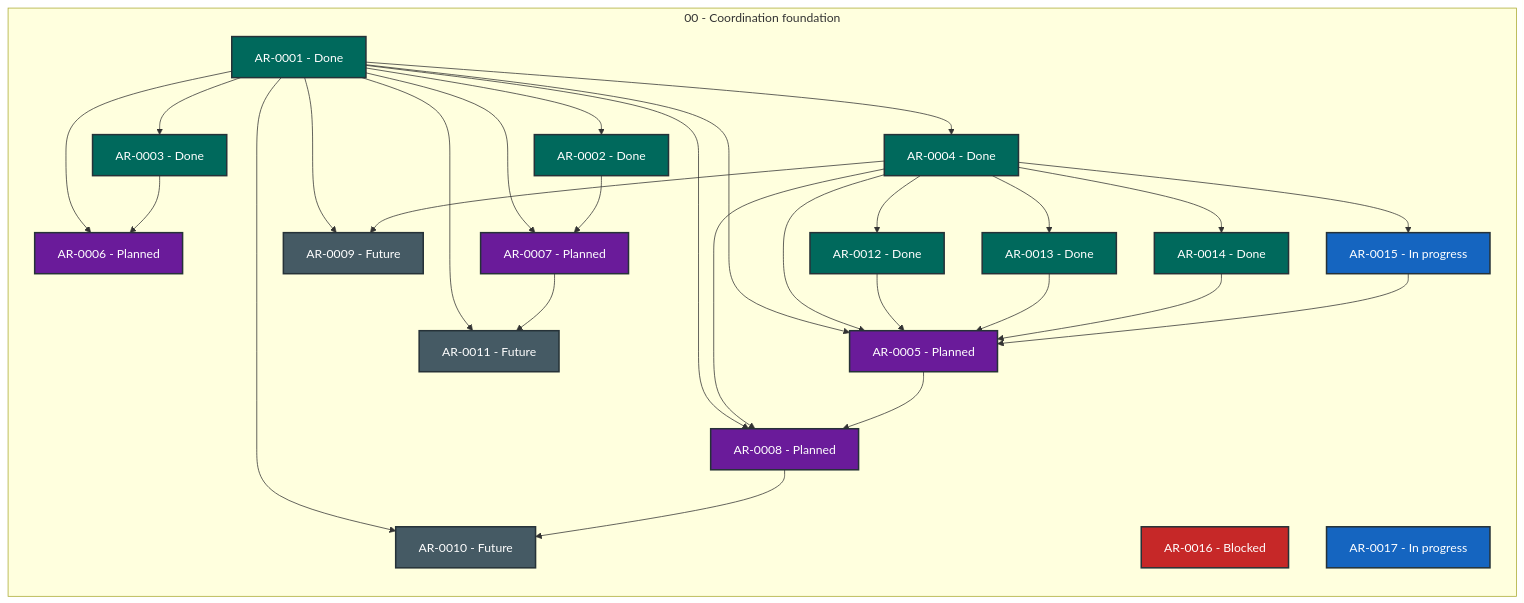
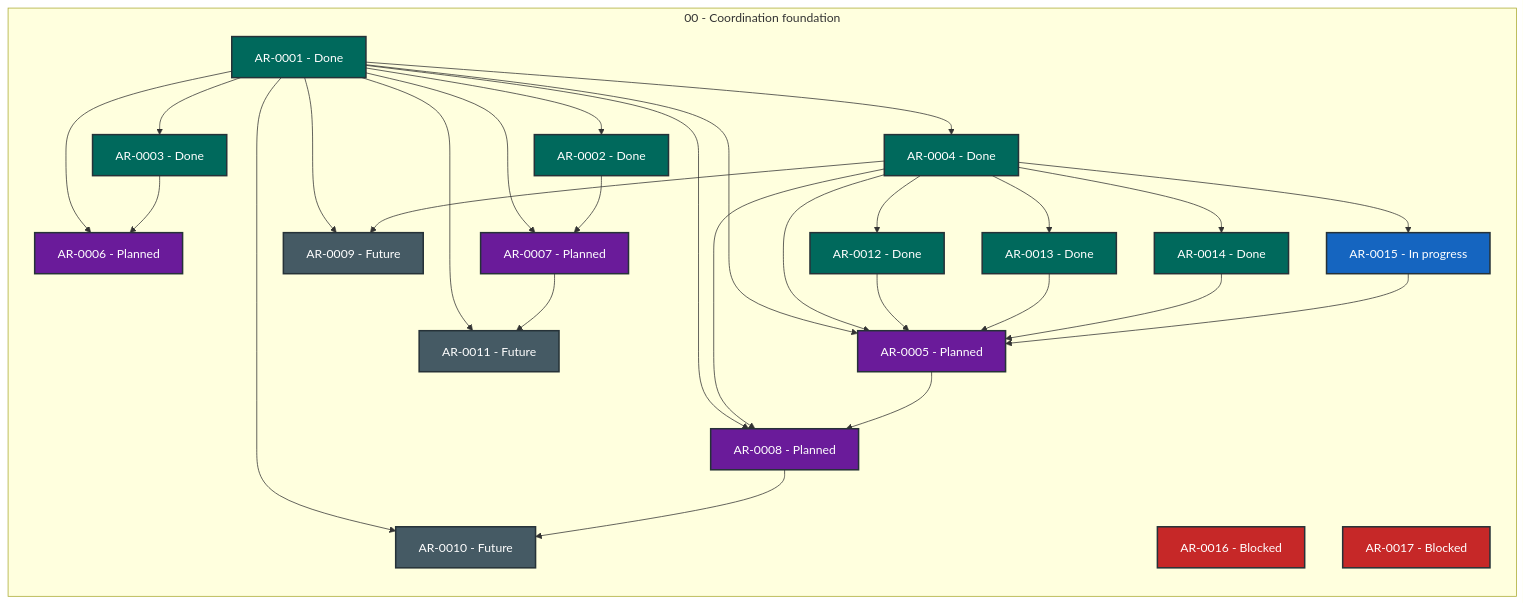
Before and after one commit to martin-beck/agent-workflow-quality-state: the diagram in STATUS.md, drawn with Mermaid. The commit also changed other lines of this file and 2 other files, not shown here.

````diff
--- a/STATUS.md
+++ b/STATUS.md
@@ -27,57 +27,57 @@
 ```mermaid
 flowchart LR
     subgraph series_00["00 - Coordination foundation"]
         direction TB
         AR_0001["AR-0001 - Done"]:::status_done
         AR_0002["AR-0002 - Done"]:::status_done
         AR_0003["AR-0003 - Done"]:::status_done
         AR_0004["AR-0004 - Done"]:::status_done
         AR_0005["AR-0005 - Planned"]:::status_planned
         AR_0006["AR-0006 - Planned"]:::status_planned
         AR_0007["AR-0007 - Planned"]:::status_planned
         AR_0008["AR-0008 - Planned"]:::status_planned
         AR_0009["AR-0009 - Future"]:::status_future
         AR_0010["AR-0010 - Future"]:::status_future
         AR_0011["AR-0011 - Future"]:::status_future
         AR_0012["AR-0012 - Done"]:::status_done
         AR_0013["AR-0013 - Done"]:::status_done
         AR_0014["AR-0014 - Done"]:::status_done
         AR_0015["AR-0015 - In progress"]:::status_in_progress
         AR_0016["AR-0016 - Blocked"]:::status_blocked
-        AR_0017["AR-0017 - In progress"]:::status_in_progress
+        AR_0017["AR-0017 - Blocked"]:::status_blocked
     end
     AR_0001 --> AR_0002
     AR_0001 --> AR_0003
     AR_0001 --> AR_0004
     AR_0001 --> AR_0005
     AR_0001 --> AR_0006
     AR_0001 --> AR_0007
     AR_0001 --> AR_0008
     AR_0001 --> AR_0009
     AR_0001 --> AR_0010
     AR_0001 --> AR_0011
     AR_0002 --> AR_0007
     AR_0003 --> AR_0006
     AR_0004 --> AR_0005
     AR_0004 --> AR_0008
     AR_0004 --> AR_0009
     AR_0004 --> AR_0012
     AR_0004 --> AR_0013
     AR_0004 --> AR_0014
     AR_0004 --> AR_0015
     AR_0005 --> AR_0008
     AR_0007 --> AR_0011
     AR_0008 --> AR_0010
     AR_0012 --> AR_0005
     AR_0013 --> AR_0005
     AR_0014 --> AR_0005
     AR_0015 --> AR_0005
     classDef status_in_progress fill:#1565c0,color:#ffffff,stroke:#263238,stroke-width:2px
     classDef status_open fill:#2e7d32,color:#ffffff,stroke:#263238,stroke-width:2px
     classDef status_blocked fill:#c62828,color:#ffffff,stroke:#263238,stroke-width:2px
     classDef status_planned fill:#6a1b9a,color:#ffffff,stroke:#263238,stroke-width:2px
     classDef status_future fill:#455a64,color:#ffffff,stroke:#263238,stroke-width:2px
     classDef status_done fill:#00695c,color:#ffffff,stroke:#263238,stroke-width:2px
     classDef status_cancelled fill:#616161,color:#ffffff,stroke:#263238,stroke-width:2px
     classDef status_superseded fill:#5d4037,color:#ffffff,stroke:#263238,stroke-width:2px
 ```
````
